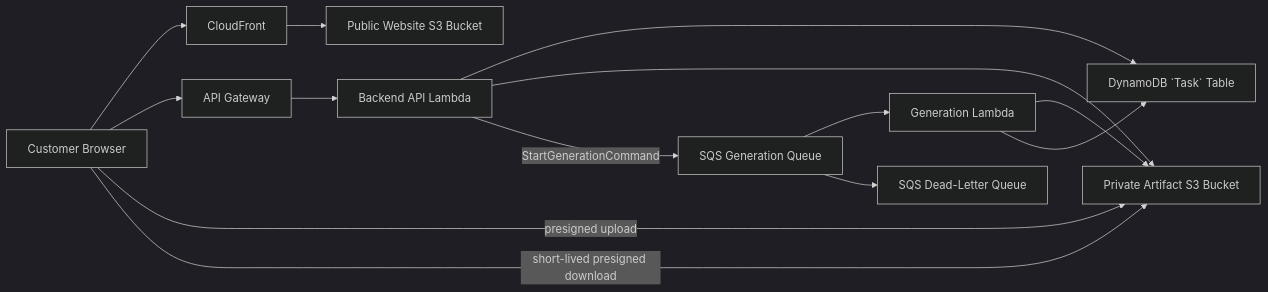
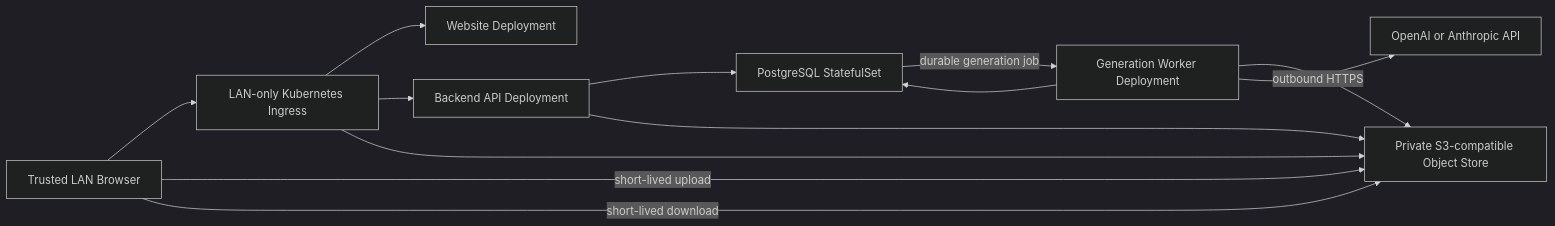
One commit to tongking6/ai-artist changed the diagram in docs/ai-artist/lld/milestone-1-lld-05-runtime-security-ops.md. Above: the diagram before and after it, drawn with Mermaid (dark theme). The commit also changed other lines of this file and 9 other files, not shown here.

````diff
--- a/docs/ai-artist/lld/milestone-1-lld-05-runtime-security-ops.md
+++ b/docs/ai-artist/lld/milestone-1-lld-05-runtime-security-ops.md
@@ -38,16 +46,15 @@
 ```mermaid
 flowchart LR
-  U["Customer Browser"] --> CF["CloudFront"]
-  CF --> WB["Public Website S3 Bucket"]
-  U --> API["API Gateway"]
-  API --> BL["Backend API Lambda"]
-  BL --> DB["DynamoDB `Task` Table"]
-  BL --> PB["Private Artifact S3 Bucket"]
-  U -->|presigned upload| PB
-  BL -->|StartGenerationCommand| Q["SQS Generation Queue"]
-  Q --> GW["Generation Lambda"]
-  GW --> PB
+  U["Trusted LAN Browser"] --> I["LAN-only Kubernetes Ingress"]
+  I --> WB["Website Deployment"]
+  I --> API["Backend API Deployment"]
+  I --> OS["Private S3-compatible Object Store"]
+  API --> DB["PostgreSQL StatefulSet"]
+  API --> OS
+  U -->|short-lived upload| OS
+  DB -->|durable generation job| GW["Generation Worker Deployment"]
+  GW --> OS
   GW --> DB
-  Q --> DLQ["SQS Dead-Letter Queue"]
-  U -->|short-lived presigned download| PB
+  GW -->|outbound HTTPS| P["OpenAI or Anthropic API"]
+  U -->|short-lived download| OS
 ```
````
